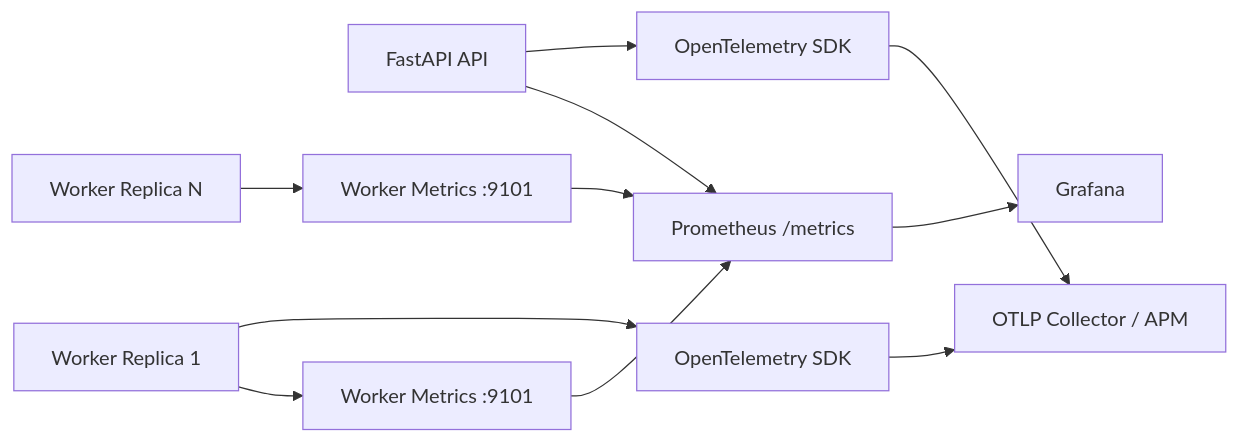
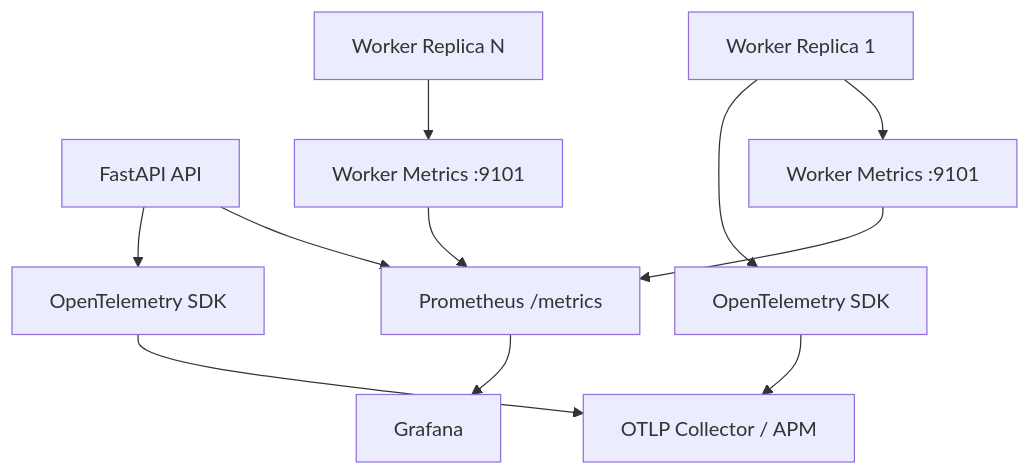
One commit to Dikshu015/RazorRisk-Agentic-AI-Payment-Fraud-Risk-Investigation-Platform changed the diagram in docs/diagrams/observability.mmd. Above: the diagram before and after it, drawn with Mermaid. The commit also changed other lines of this file and 7 other files, not shown here.

```diff
--- a/docs/diagrams/observability.mmd
+++ b/docs/diagrams/observability.mmd
@@ -1,11 +1,12 @@
-flowchart LR
+%%{init: {'flowchart': {'nodeSpacing': 28, 'rankSpacing': 48}}}%%
+flowchart TB
     API[FastAPI API] --> PM[Prometheus /metrics]
     W1[Worker Replica 1] --> PW1[Worker Metrics :9101]
     WN[Worker Replica N] --> PWN[Worker Metrics :9101]
     PW1 --> PM
     PWN --> PM
     API --> OT[OpenTelemetry SDK]
     W1 --> OTW[OpenTelemetry SDK]
     OT --> COL[OTLP Collector / APM]
     OTW --> COL
     PM --> G[Grafana]
```
